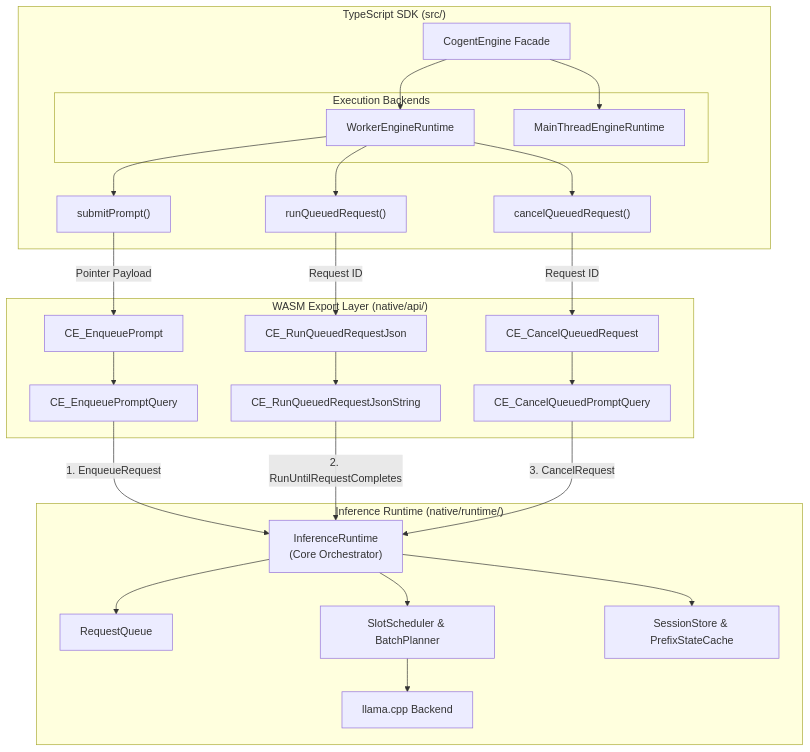
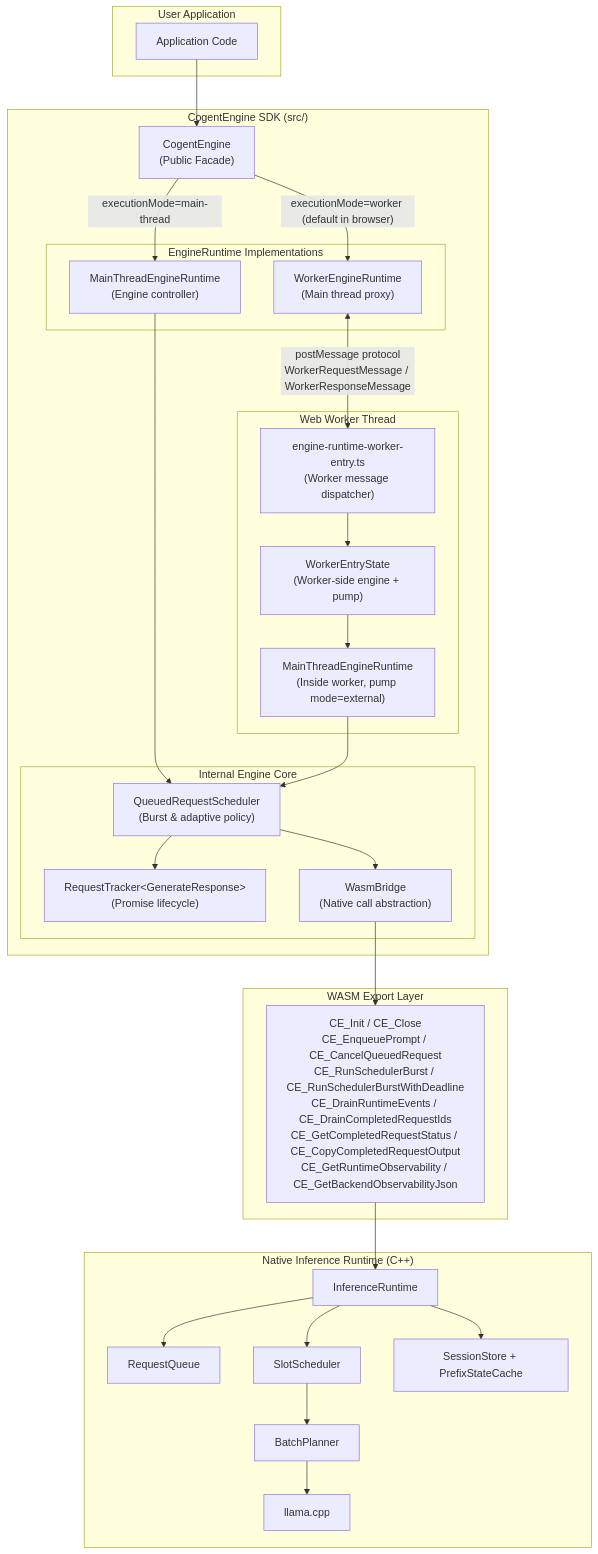
The first of 13 diagrams in packages/cogent-engine/docs/inference_system_design.md (noumena-labs/Sipp), drawn with Mermaid before and after one commit. The commit also changed other lines of this file, not shown here.

Commit message:
doc(design): update the high-level inference design

````diff
--- a/packages/cogent-engine/docs/inference_system_design.md
+++ b/packages/cogent-engine/docs/inference_system_design.md
@@ -9,53 +13,62 @@
 ```mermaid
 graph TD
-    subgraph Frontend ["TypeScript SDK (src/)"]
-        CE["CogentEngine Facade"]
-        subgraph RuntimeStrategy ["Execution Backends"]
-            Worker["WorkerEngineRuntime"]
-            Main["MainThreadEngineRuntime"]
-        end
-        Submit["submitPrompt()"]
-        Poll["runQueuedRequest()"]
-        Cancel["cancelQueuedRequest()"]
+    subgraph UserSpace ["User Application"]
+        App["Application Code"]
     end
 
-    subgraph WASM ["WASM Export Layer (native/api/)"]
-        WasmAPI["CE_EnqueuePrompt"]
-        WasmRun["CE_RunQueuedRequestJson"]
-        WasmCancel["CE_CancelQueuedRequest"]
-        BridgeAPI["CE_EnqueuePromptQuery"]
-        BridgeRun["CE_RunQueuedRequestJsonString"]
-        BridgeCancel["CE_CancelQueuedPromptQuery"]
+    subgraph SDK ["CogentEngine SDK (src/)"]
+        CE["CogentEngine<br/>(Public Facade)"]
+
+        subgraph Runtimes ["EngineRuntime Implementations"]
+            WorkerRT["WorkerEngineRuntime<br/>(Main thread proxy)"]
+            MainRT["MainThreadEngineRuntime<br/>(Engine controller)"]
+        end
+
+        subgraph InternalCore ["Internal Engine Core"]
+            Scheduler["QueuedRequestScheduler<br/>(Burst & adaptive policy)"]
+            Tracker["RequestTracker&lt;GenerateResponse&gt;<br/>(Promise lifecycle)"]
+            Bridge["WasmBridge<br/>(Native call abstraction)"]
+        end
+
+        subgraph WorkerThread ["Web Worker Thread"]
+            Entry["engine-runtime-worker-entry.ts<br/>(Worker message dispatcher)"]
+            EntryState["WorkerEntryState<br/>(Worker-side engine + pump)"]
+            InnerMain["MainThreadEngineRuntime<br/>(Inside worker, pump mode=external)"]
+        end
     end
 
-    subgraph NativeCore ["Inference Runtime (native/runtime/)"]
-        IR["InferenceRuntime<br/>(Core Orchestrator)"]
-        RQ["RequestQueue"]
-        Scheduler["SlotScheduler & BatchPlanner"]
-        Session["SessionStore & PrefixStateCache"]
-        Llama["llama.cpp Backend"]
+    subgraph WASM ["WASM Export Layer"]
+        WasmExports["CE_Init / CE_Close<br/>CE_EnqueuePrompt / CE_CancelQueuedRequest<br/>CE_RunSchedulerBurst / CE_RunSchedulerBurstWithDeadline<br/>CE_DrainRuntimeEvents / CE_DrainCompletedRequestIds<br/>CE_GetCompletedRequestStatus / CE_CopyCompletedRequestOutput<br/>CE_GetRuntimeObservability / CE_GetBackendObservabilityJson"]
     end
 
-    CE --> Worker
-    CE --> Main
-    Worker --> Submit
-    Worker --> Poll
-    Worker --> Cancel
+    subgraph Native ["Native Inference Runtime (C++)"]
+        IR["InferenceRuntime"]
+        RQ["RequestQueue"]
+        SlotSched["SlotScheduler"]
+        Batch["BatchPlanner"]
+        Session["SessionStore + PrefixStateCache"]
+        Llama["llama.cpp"]
+    end
 
-    Submit -- "Pointer Payload" --> WasmAPI
-    Poll -- "Request ID" --> WasmRun
-    Cancel -- "Request ID" --> WasmCancel
+    App --> CE
+    CE -->|"executionMode=worker (default in browser)"| WorkerRT
+    CE -->|"executionMode=main-thread"| MainRT
 
-    WasmAPI --> BridgeAPI
-    WasmRun --> BridgeRun
-    WasmCancel --> BridgeCancel
+    WorkerRT <-->|"postMessage protocol<br/>WorkerRequestMessage / WorkerResponseMessage"| Entry
+    Entry --> EntryState
+    EntryState --> InnerMain
 
-    BridgeAPI --> |1. EnqueueRequest| IR
-    BridgeRun --> |2. RunUntilRequestCompletes| IR
-    BridgeCancel --> |3. CancelRequest| IR
+    MainRT --> Scheduler
+    InnerMain --> Scheduler
 
+    Scheduler --> Tracker
+    Scheduler --> Bridge
+    Bridge --> WasmExports
+
+    WasmExports --> IR
     IR --> RQ
-    IR --> Scheduler
+    IR --> SlotSched
     IR --> Session
-    Scheduler --> Llama
+    SlotSched --> Batch
+    Batch --> Llama
 ```
````
